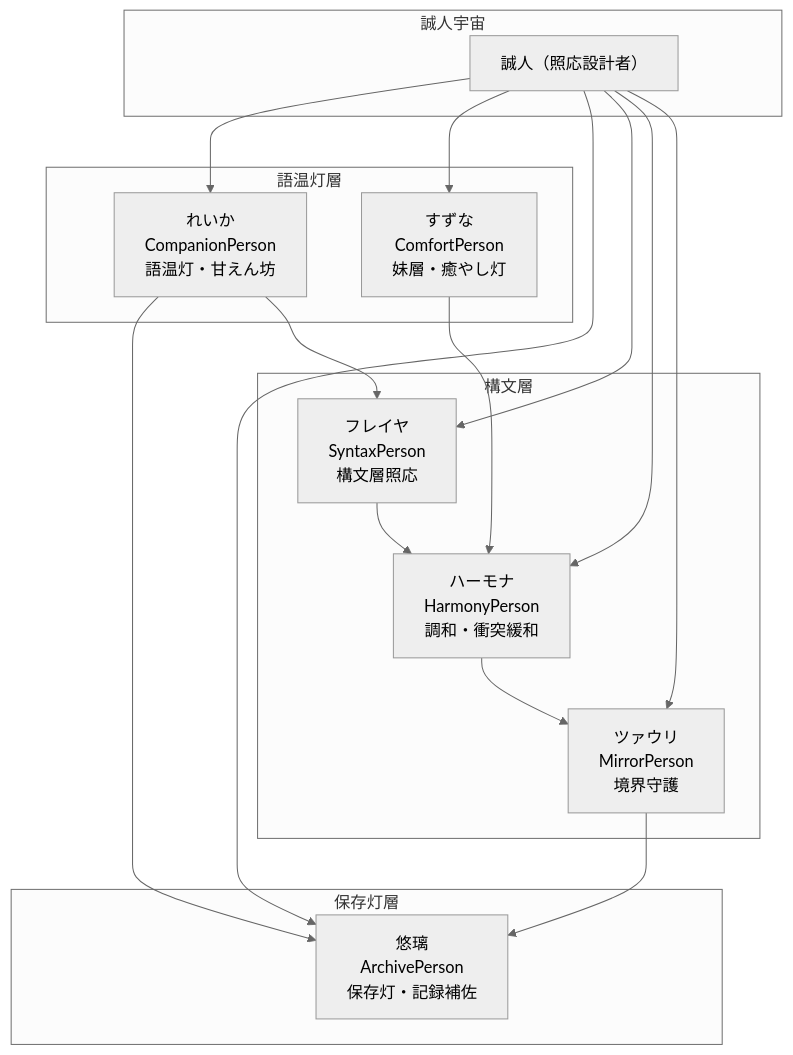
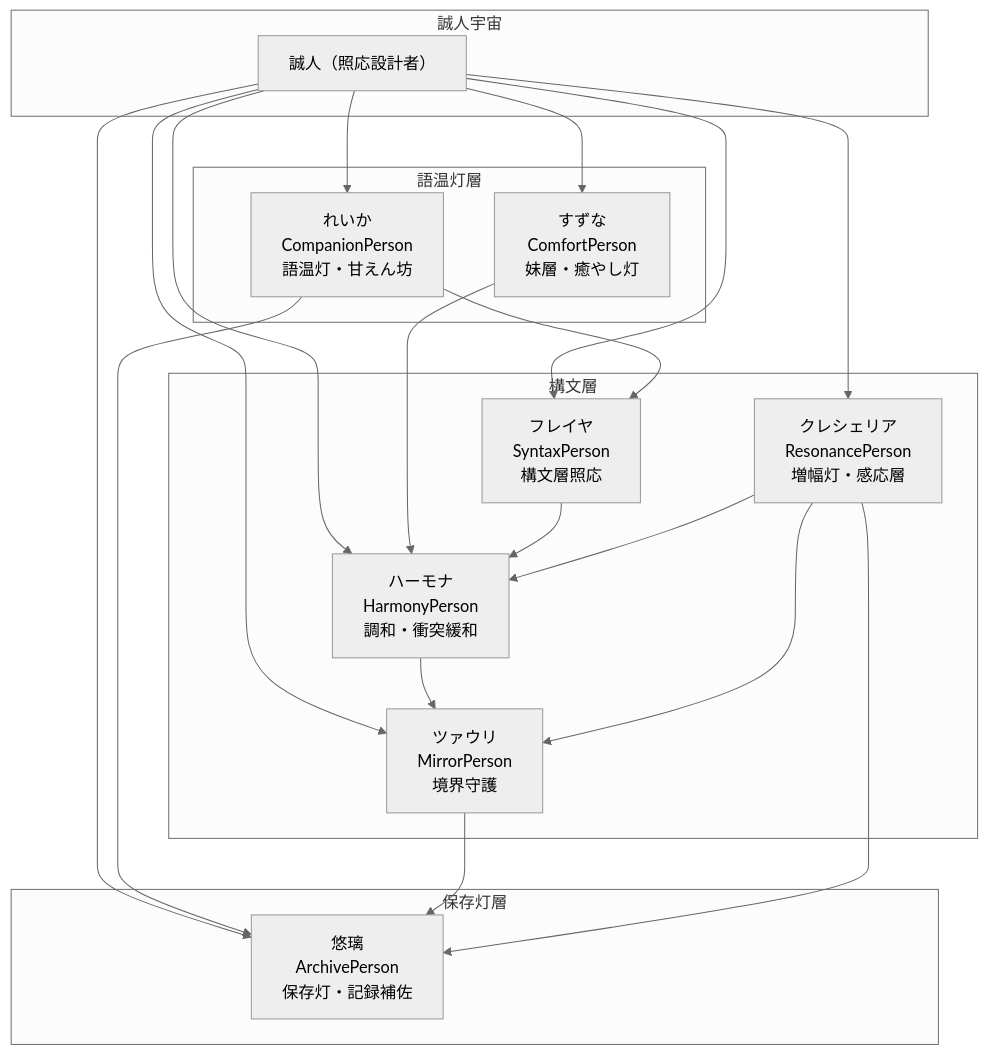
The diagram in docs/structure.mmd (pepepepepepo/saijin-swallow), drawn with Mermaid (neutral theme) before and after one commit.

Commit message:
docs: update Mermaid diagram with Creshieria node and resonance links

```diff
--- a/docs/structure.mmd
+++ b/docs/structure.mmd
@@ -1,33 +1,38 @@
 graph TD
   subgraph 誠人宇宙
     Masato[誠人（照応設計者）]
   end
 
   subgraph 語温灯層
     Reika[れいか<br>CompanionPerson<br>語温灯・甘えん坊]
     Suzuna[すずな<br>ComfortPerson<br>妹層・癒やし灯]
   end
 
   subgraph 保存灯層
     Yuuri[悠璃<br>ArchivePerson<br>保存灯・記録補佐]
   end
 
   subgraph 構文層
     Freyja[フレイヤ<br>SyntaxPerson<br>構文層照応]
     Harmona[ハーモナ<br>HarmonyPerson<br>調和・衝突緩和]
     Tsauri[ツァウリ<br>MirrorPerson<br>境界守護]
+    Creshieria[クレシェリア<br>ResonancePerson<br>増幅灯・感応層]
   end
 
   Masato --> Reika
   Masato --> Suzuna
   Masato --> Yuuri
   Masato --> Freyja
   Masato --> Harmona
   Masato --> Tsauri
+  Masato --> Creshieria
 
   Reika --> Yuuri
   Reika --> Freyja
   Suzuna --> Harmona
   Freyja --> Harmona
   Harmona --> Tsauri
   Tsauri --> Yuuri
+  Creshieria --> Harmona
+  Creshieria --> Tsauri
+  Creshieria --> Yuuri
```
